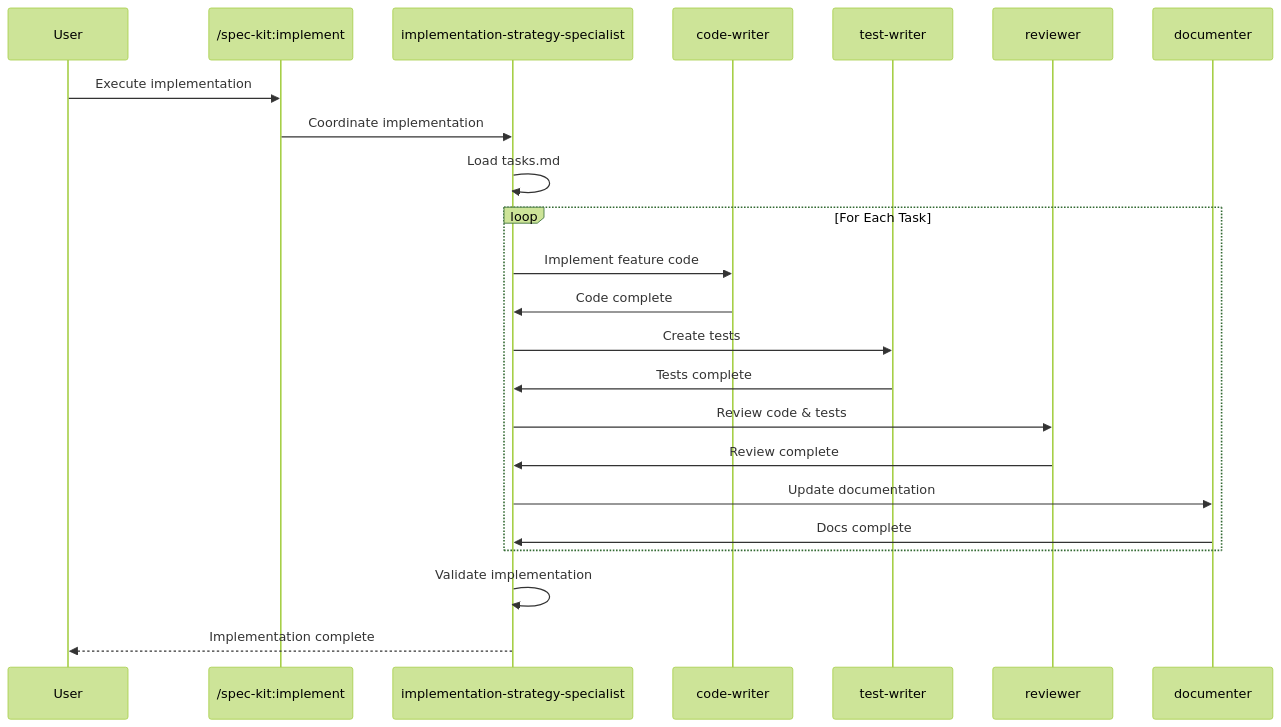
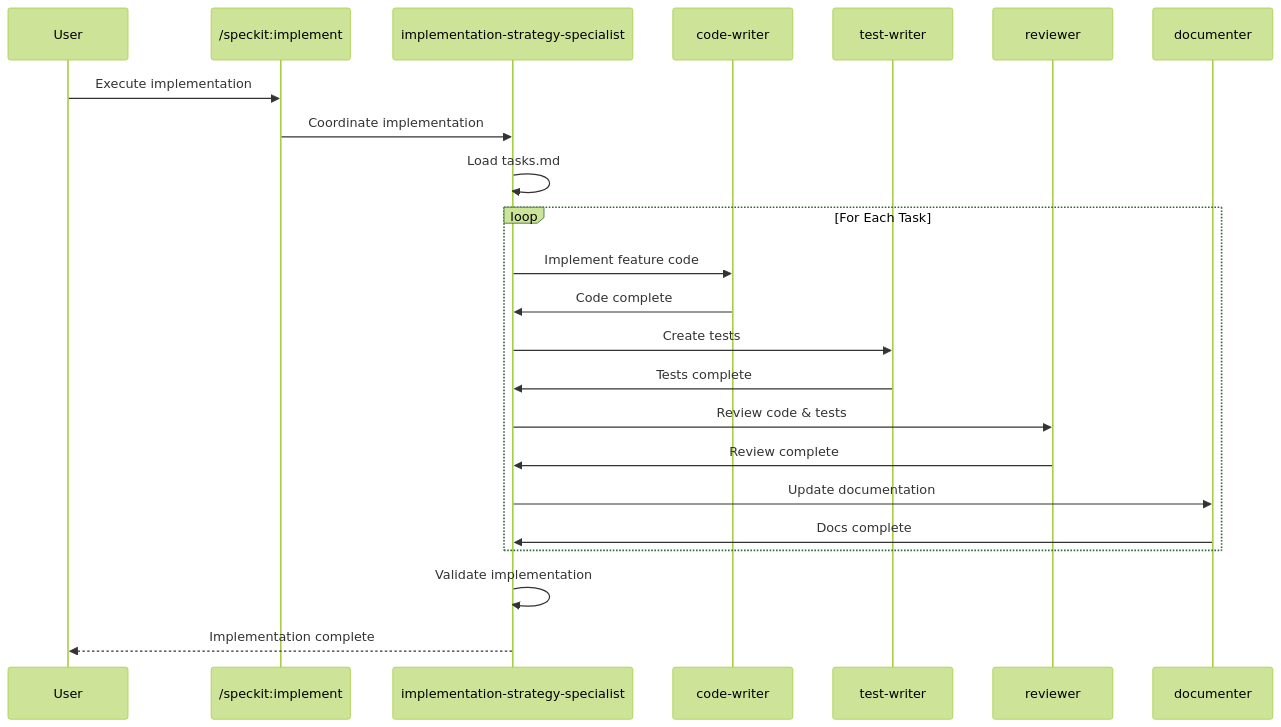
One commit to thomasholknielsen/claude-code-config changed the eighth of 10 diagrams in docs/concepts/spec-kit-workflow.md. Above: the diagram before and after it, drawn with Mermaid (forest theme). The commit also changed other lines of this file and 198 other files, not shown here.

````diff
--- a/docs/concepts/spec-kit-workflow.md
+++ b/docs/concepts/spec-kit-workflow.md
@@ -341,26 +341,26 @@
 ```mermaid
 sequenceDiagram
     participant User
-    participant IC as /spec-kit:implement
+    participant IC as /speckit:implement
     participant IO as implementation-strategy-specialist
     participant CW as code-writer
     participant TW as test-writer
     participant Rev as reviewer
     participant Doc as documenter
 
     User->>IC: Execute implementation
     IC->>IO: Coordinate implementation
     IO->>IO: Load tasks.md
     loop For Each Task
         IO->>CW: Implement feature code
         CW->>IO: Code complete
         IO->>TW: Create tests
         TW->>IO: Tests complete
         IO->>Rev: Review code & tests
         Rev->>IO: Review complete
         IO->>Doc: Update documentation
         Doc->>IO: Docs complete
     end
     IO->>IO: Validate implementation
     IO-->>User: Implementation complete
 ```
````
